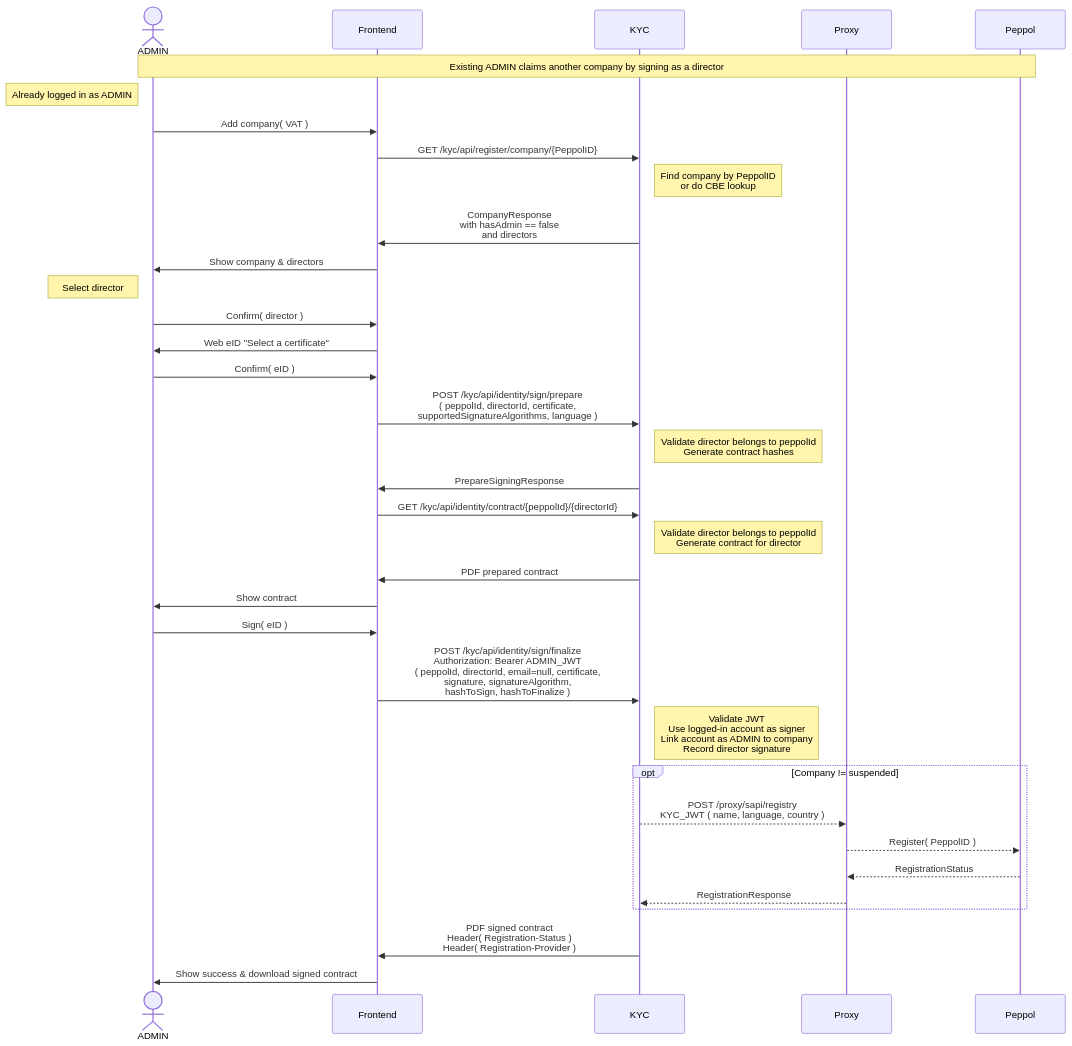
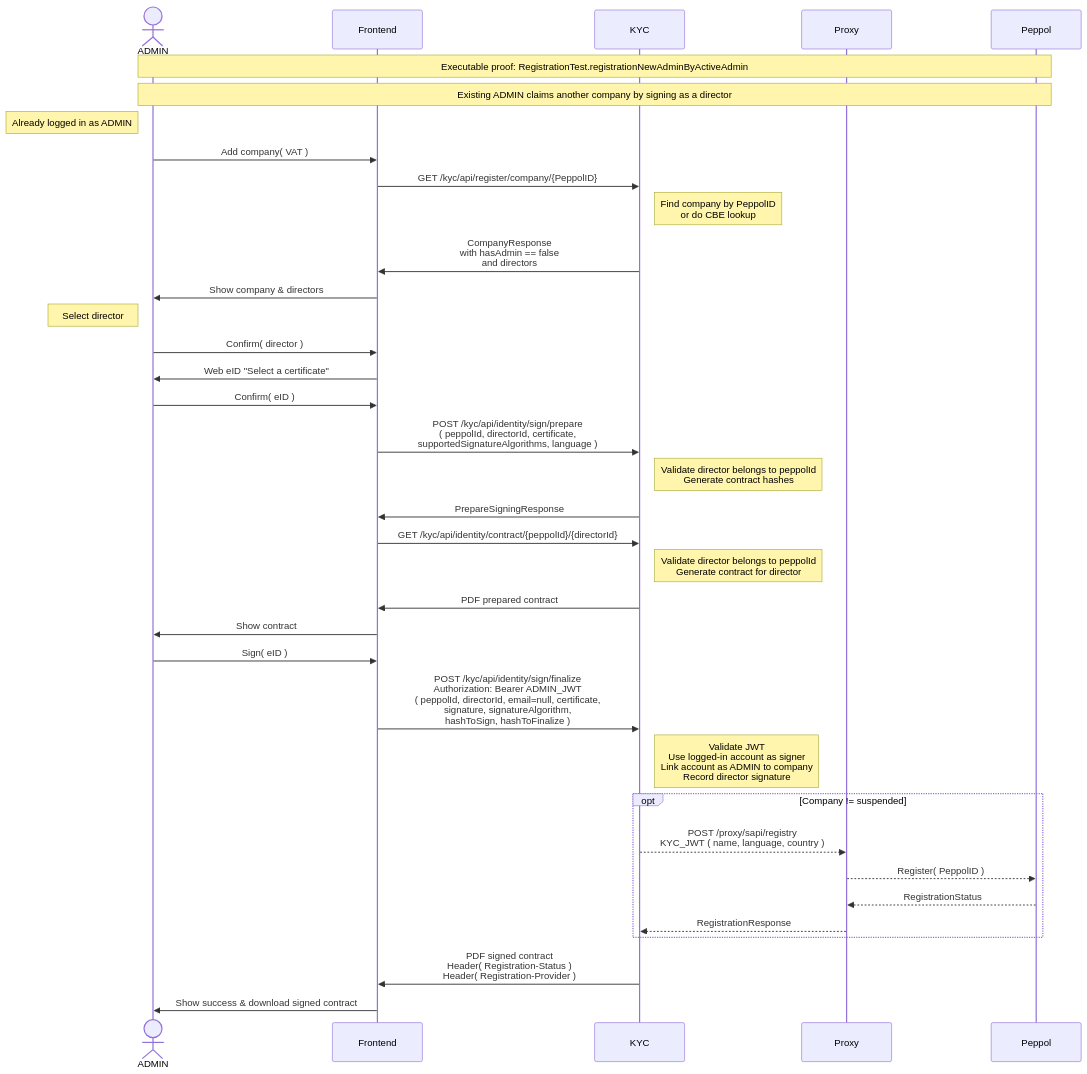
One commit to letspeppol/letspeppol changed the diagram in readme/registration-new-admin-by-active-admin.md. Above: the diagram before and after it, drawn with Mermaid. The commit also changed other lines of this file and 60 other files, not shown here.

````diff
--- a/readme/registration-new-admin-by-active-admin.md
+++ b/readme/registration-new-admin-by-active-admin.md
@@ -3,41 +5,43 @@
 ```mermaid
 sequenceDiagram
     actor ADMIN as ADMIN
     participant Frontend as Frontend
     participant KYC as KYC
     participant Proxy as Proxy
     participant Peppol as Peppol
+
+    Note over ADMIN, Peppol: Executable proof: RegistrationTest.registrationNewAdminByActiveAdmin
 
 Note over ADMIN, Peppol: Existing ADMIN claims another company by signing as a director
     Note left of ADMIN: Already logged in as ADMIN
     ADMIN ->> Frontend: Add company( VAT )
     Frontend ->> KYC: GET /kyc/api/register/company/{PeppolID}
     Note right of KYC: Find company by PeppolID <br> or do CBE lookup
     KYC ->> Frontend: CompanyResponse <br> with hasAdmin == false <br> and directors
     Frontend ->> ADMIN: Show company & directors
 
     Note left of ADMIN: Select director
     ADMIN ->> Frontend: Confirm( director )
     Frontend ->> ADMIN: Web eID "Select a certificate"
     ADMIN ->> Frontend: Confirm( eID )
     Frontend ->> KYC: POST /kyc/api/identity/sign/prepare <br> ( peppolId, directorId, certificate, <br> supportedSignatureAlgorithms, language )
     Note right of KYC: Validate director belongs to peppolId <br> Generate contract hashes
     KYC ->> Frontend: PrepareSigningResponse
 
     Frontend ->> KYC: GET /kyc/api/identity/contract/{peppolId}/{directorId}
     Note right of KYC: Validate director belongs to peppolId <br> Generate contract for director
     KYC ->> Frontend: PDF prepared contract
     Frontend ->> ADMIN: Show contract
 
     ADMIN ->> Frontend: Sign( eID )
     Frontend ->> KYC: POST /kyc/api/identity/sign/finalize <br> Authorization: Bearer ADMIN_JWT <br> ( peppolId, directorId, email=null, certificate, <br> signature, signatureAlgorithm, <br> hashToSign, hashToFinalize )
     Note right of KYC: Validate JWT <br> Use logged-in account as signer <br> Link account as ADMIN to company <br> Record director signature
     opt Company != suspended
         KYC -->> Proxy: POST /proxy/sapi/registry <br> KYC_JWT ( name, language, country )
         Proxy -->> Peppol: Register( PeppolID )
         Peppol -->> Proxy: RegistrationStatus
         Proxy -->> KYC: RegistrationResponse
     end
     KYC ->> Frontend: PDF signed contract <br> Header( Registration-Status ) <br> Header( Registration-Provider )
     Frontend ->> ADMIN: Show success & download signed contract
 ```
````
